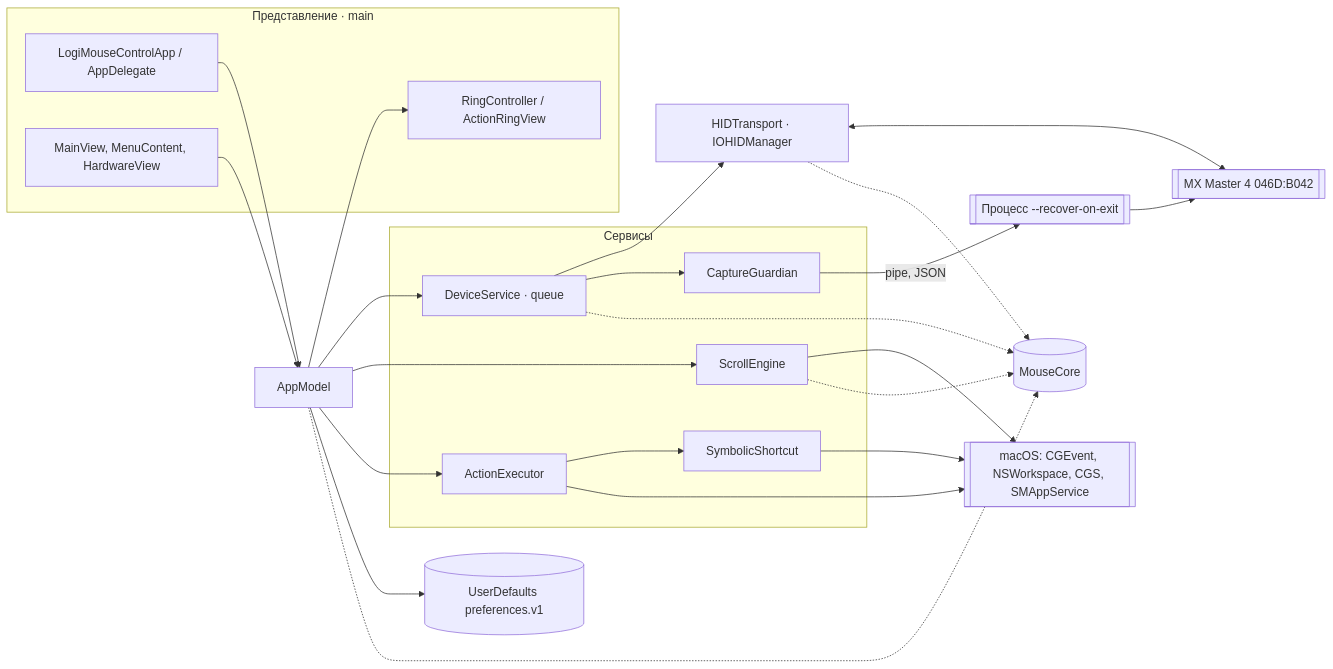
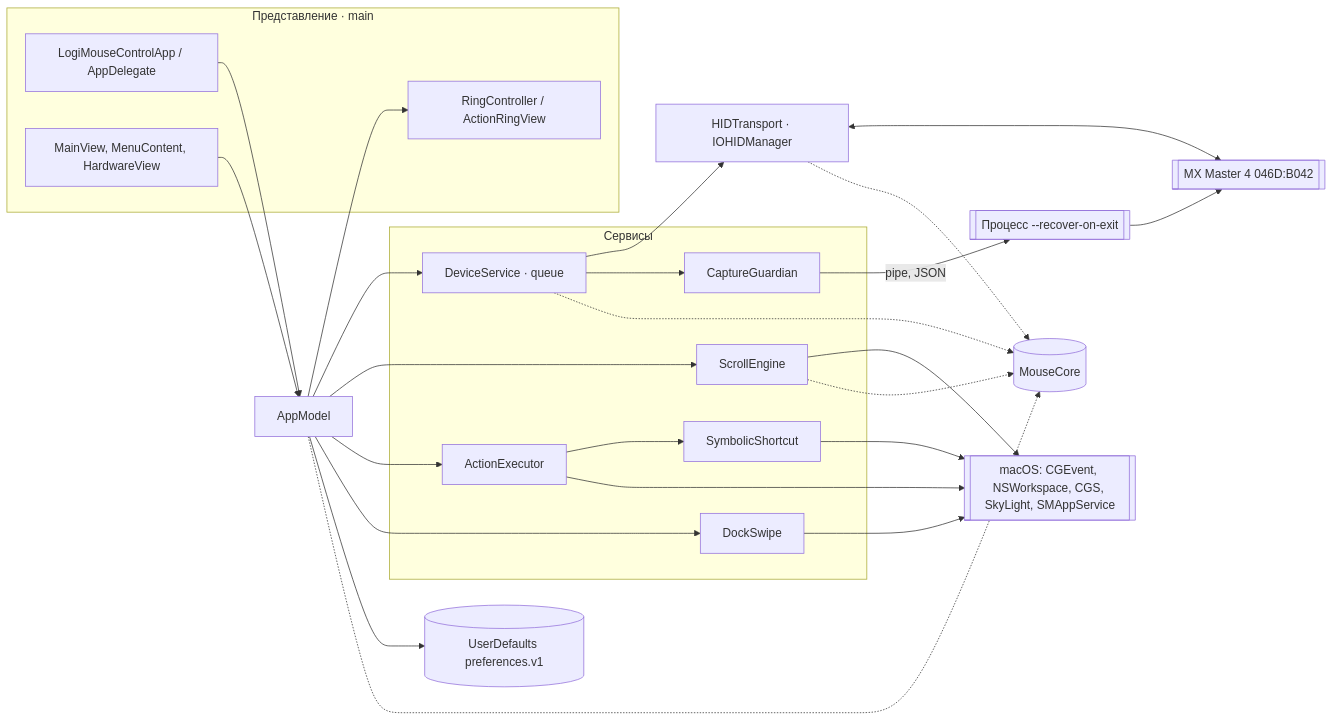
The first of 5 diagrams in docs/specs/architecture.md (Hogonov/LogiMouseControl), drawn with Mermaid before and after one commit. The commit also changed other lines of this file and 16 other files, not shown here.

Commit message:
Support smooth desktop transitions via mouse gestures (CH-0003): Implemented continuous space swipe functionality for macOS 27+, enabling desktops to follow mouse movement during a swipe gesture.

````diff
--- a/docs/specs/architecture.md
+++ b/docs/specs/architecture.md
@@ -69,42 +70,45 @@
 ```mermaid
 flowchart LR
   subgraph UI["Представление · main"]
     App["LogiMouseControlApp / AppDelegate"]
     Views["MainView, MenuContent, HardwareView"]
     Ring["RingController / ActionRingView"]
   end
   Model["AppModel"]
   subgraph Services["Сервисы"]
     DS["DeviceService · queue"]
     SE["ScrollEngine"]
     AE["ActionExecutor"]
     SS["SymbolicShortcut"]
+    DW["DockSwipe"]
     CG["CaptureGuardian"]
   end
   T["HIDTransport · IOHIDManager"]
   Core[("MouseCore")]
   UD[("UserDefaults preferences.v1")]
   Mouse[["MX Master 4 046D:B042"]]
   Child[["Процесс --recover-on-exit"]]
-  OS[["macOS: CGEvent, NSWorkspace, CGS, SMAppService"]]
+  OS[["macOS: CGEvent, NSWorkspace, CGS, SkyLight, SMAppService"]]
   App --> Model
   Views --> Model
   Model --> Ring
   Model --> DS
   Model --> SE
   Model --> AE
+  Model --> DW
+  DW --> OS
   Model --> UD
   AE --> SS
   AE --> OS
   SS --> OS
   SE --> OS
   DS --> T
   DS --> CG
   CG -- "pipe, JSON" --> Child
   Child --> Mouse
   T <--> Mouse
   Model -.-> Core
   DS -.-> Core
   SE -.-> Core
   T -.-> Core
 ```
````
